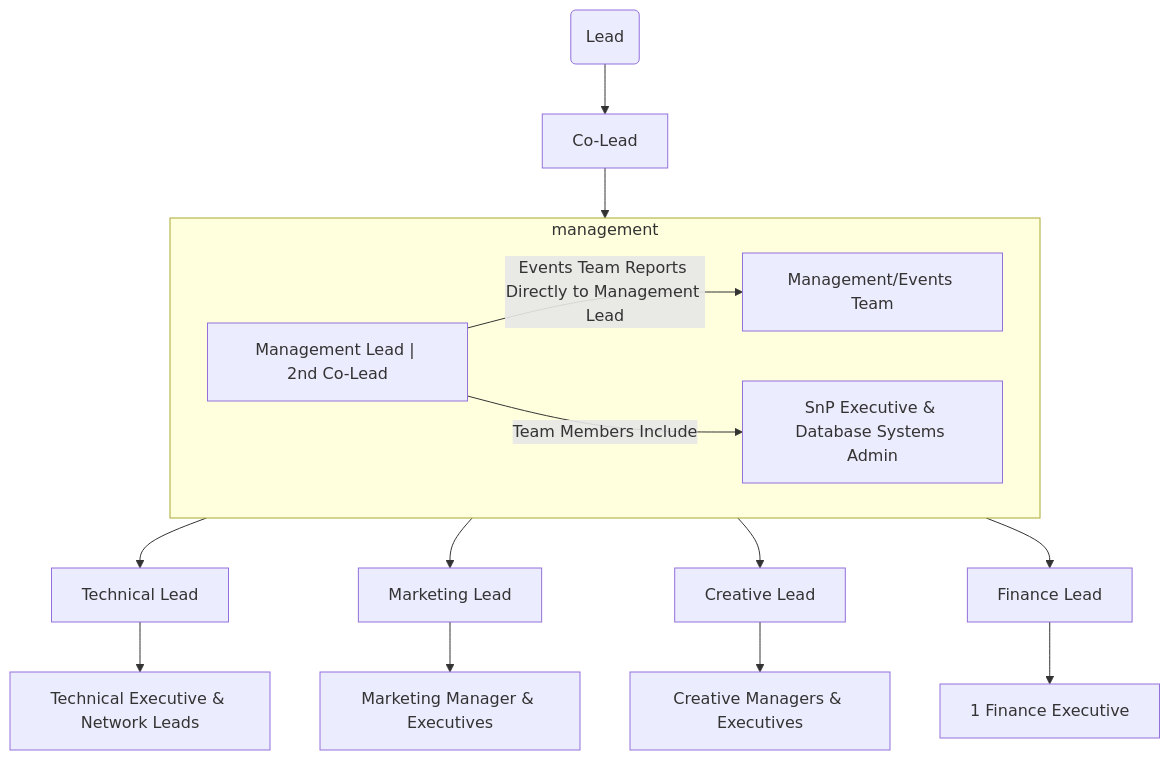
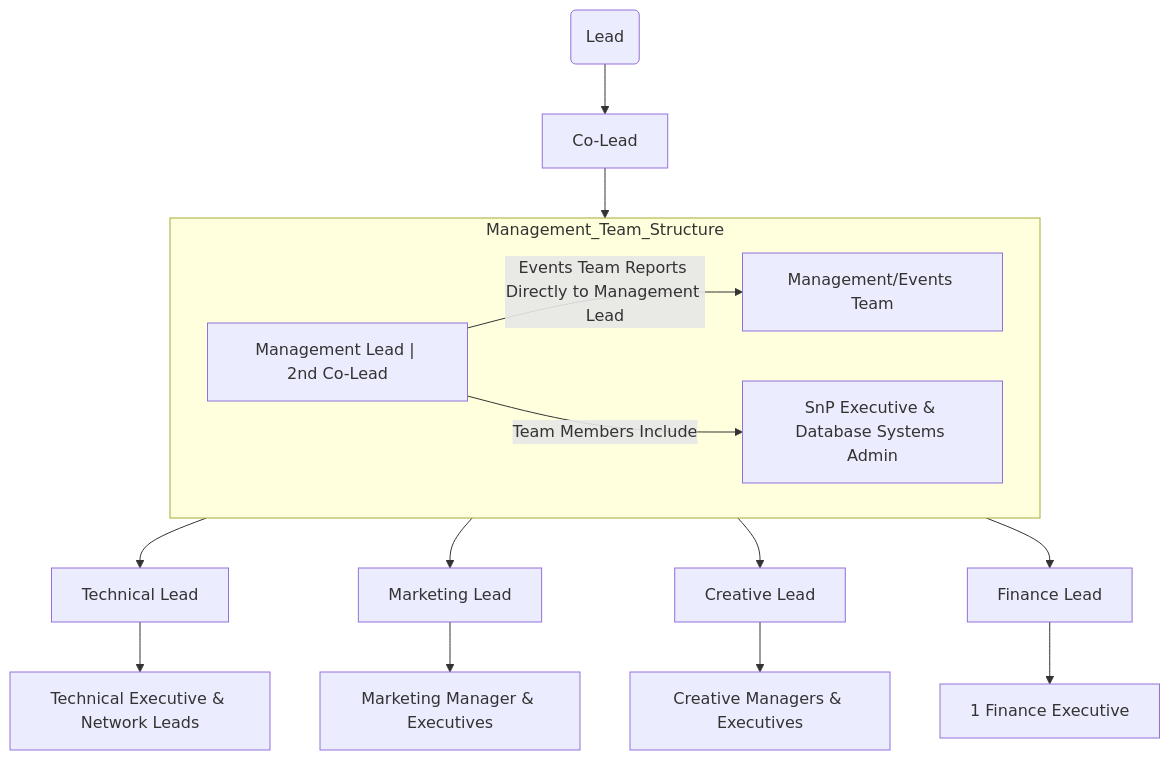
The diagram in docs/council_structure.md (gdscbpdc/GDSC-SnP), drawn with Mermaid before and after one commit.

````diff
--- a/docs/council_structure.md
+++ b/docs/council_structure.md
@@ -1,20 +1,20 @@
 ```mermaid
 flowchart TD
     A("Lead") --> B["Co-Lead"]
     B --> C["Management Lead | 2nd Co-Lead"]
     C-->D["Technical Lead"]
     C-->E["Marketing Lead"]
     C-->F["Creative Lead"]
     C-->G["Finance Lead"]
     
 
     D-->T["Technical Executive & Network Leads"] 
     E-->M["Marketing Manager & Executives"]
     F-->P["Creative Managers & Executives"]
     G-->H["1 Finance Executive"]
-    subgraph management
+    subgraph Management_Team_Structure
         direction LR
         C-->|Events Team Reports Directly to Management Lead | I["Management/Events Team"]
         C-->| Team Members Include | EX["SnP Executive & Database Systems Admin"]
     end
 ```
````
